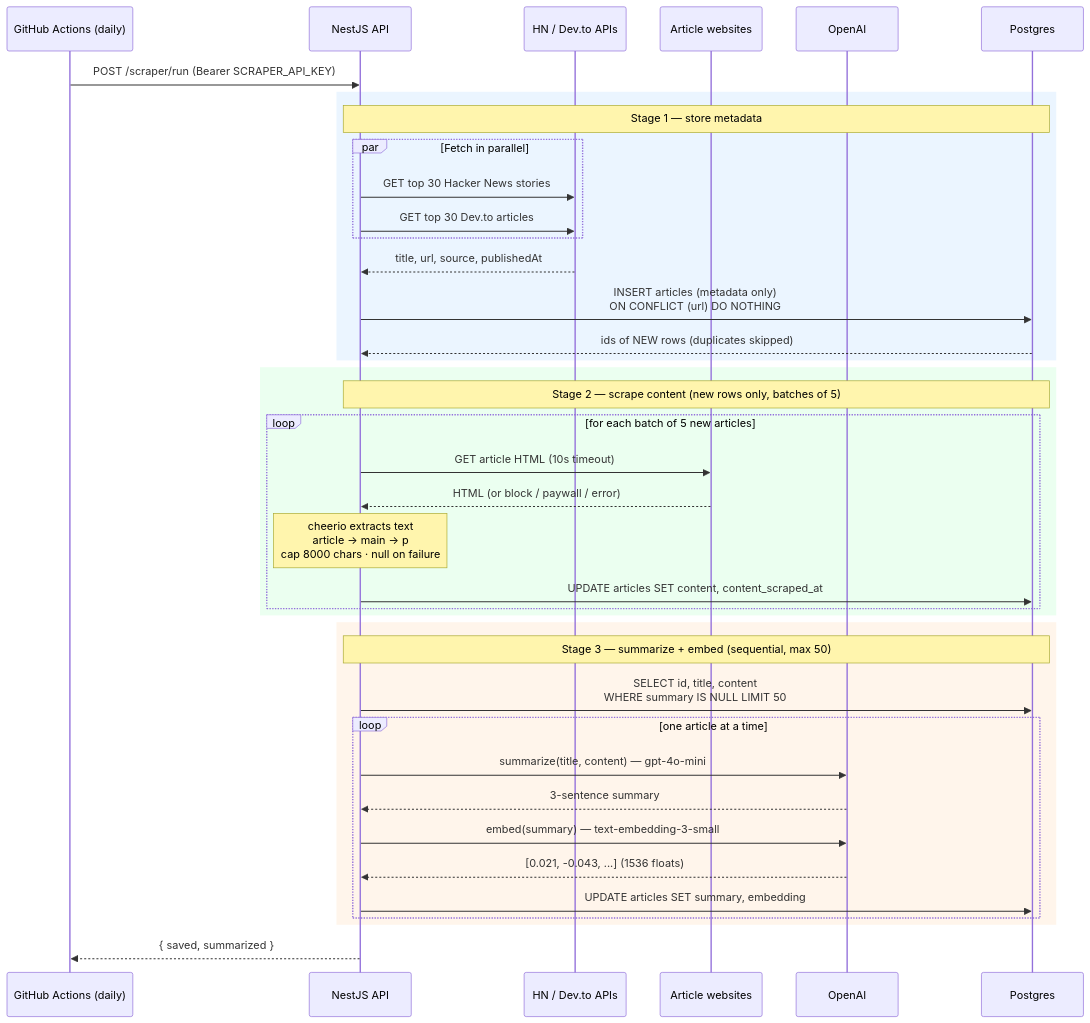
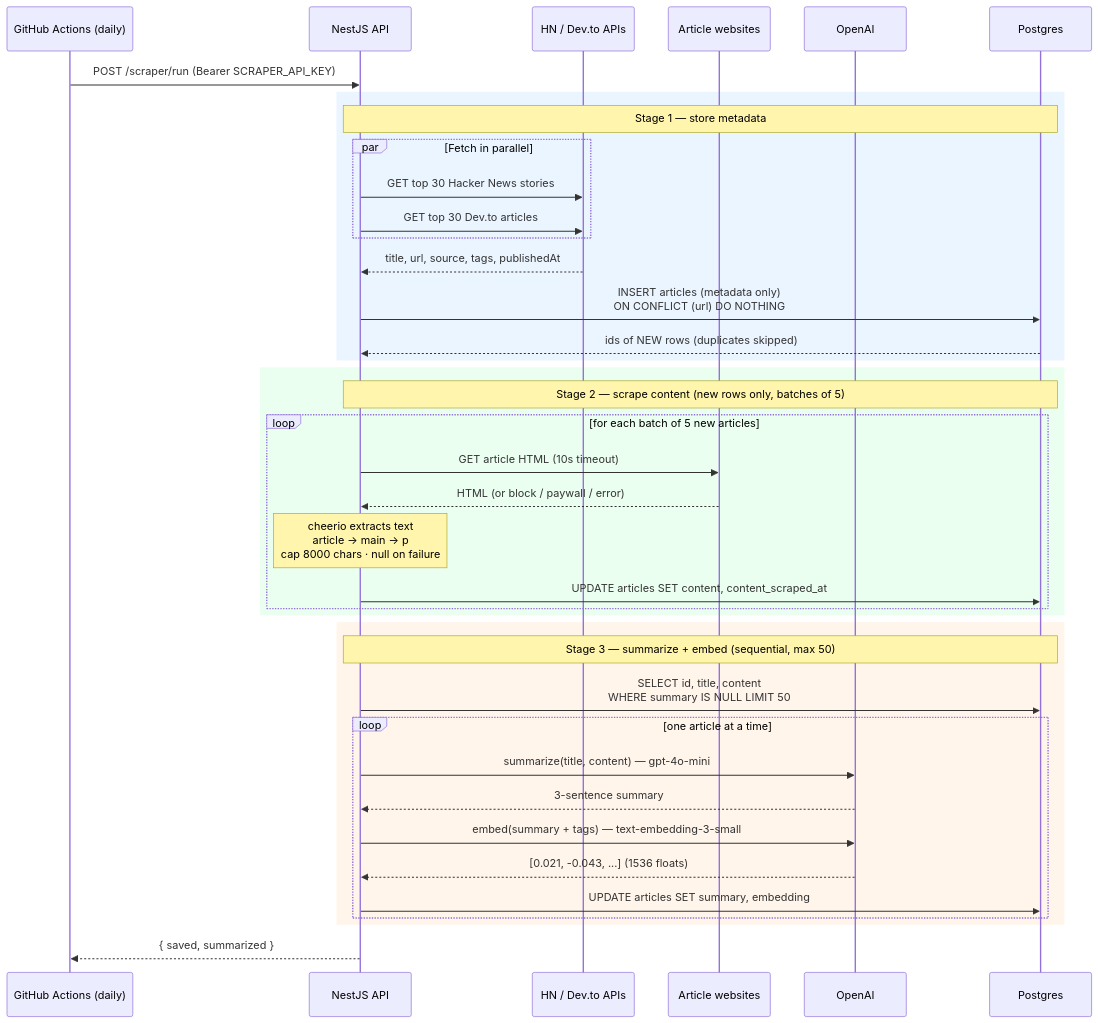
Before and after one commit to johnvesslyalti/inferr: the first of 3 diagrams in README.md, drawn with Mermaid. The commit also changed other lines of this file and 4 other files, not shown here.

First line of the commit message:
docs: overhaul README, Bruno collection, and architecture docs

````diff
--- a/README.md
+++ b/README.md
@@ -92,46 +94,46 @@
 ```mermaid
 sequenceDiagram
     participant Cron as GitHub Actions (daily)
     participant API as NestJS API
     participant Sources as HN / Dev.to APIs
     participant Sites as Article websites
     participant OpenAI
     participant DB as Postgres
 
     Cron->>API: POST /scraper/run (Bearer SCRAPER_API_KEY)
 
     rect rgb(235, 245, 255)
     Note over API,DB: Stage 1 — store metadata
     par Fetch in parallel
         API->>Sources: GET top 30 Hacker News stories
         API->>Sources: GET top 30 Dev.to articles
     end
-    Sources-->>API: title, url, source, publishedAt
+    Sources-->>API: title, url, source, tags, publishedAt
     API->>DB: INSERT articles (metadata only)<br/>ON CONFLICT (url) DO NOTHING
     DB-->>API: ids of NEW rows (duplicates skipped)
     end
 
     rect rgb(235, 255, 240)
     Note over API,DB: Stage 2 — scrape content (new rows only, batches of 5)
     loop for each batch of 5 new articles
         API->>Sites: GET article HTML (10s timeout)
         Sites-->>API: HTML (or block / paywall / error)
         Note over API: cheerio extracts text<br/>article → main → p<br/>cap 8000 chars · null on failure
         API->>DB: UPDATE articles SET content, content_scraped_at
     end
     end
 
     rect rgb(255, 245, 235)
     Note over API,DB: Stage 3 — summarize + embed (sequential, max 50)
     API->>DB: SELECT id, title, content<br/>WHERE summary IS NULL LIMIT 50
     loop one article at a time
         API->>OpenAI: summarize(title, content) — gpt-4o-mini
         OpenAI-->>API: 3-sentence summary
-        API->>OpenAI: embed(summary) — text-embedding-3-small
+        API->>OpenAI: embed(summary + tags) — text-embedding-3-small
         OpenAI-->>API: [0.021, -0.043, ...] (1536 floats)
         API->>DB: UPDATE articles SET summary, embedding
     end
     end
 
     API-->>Cron: { saved, summarized }
 ```
````
